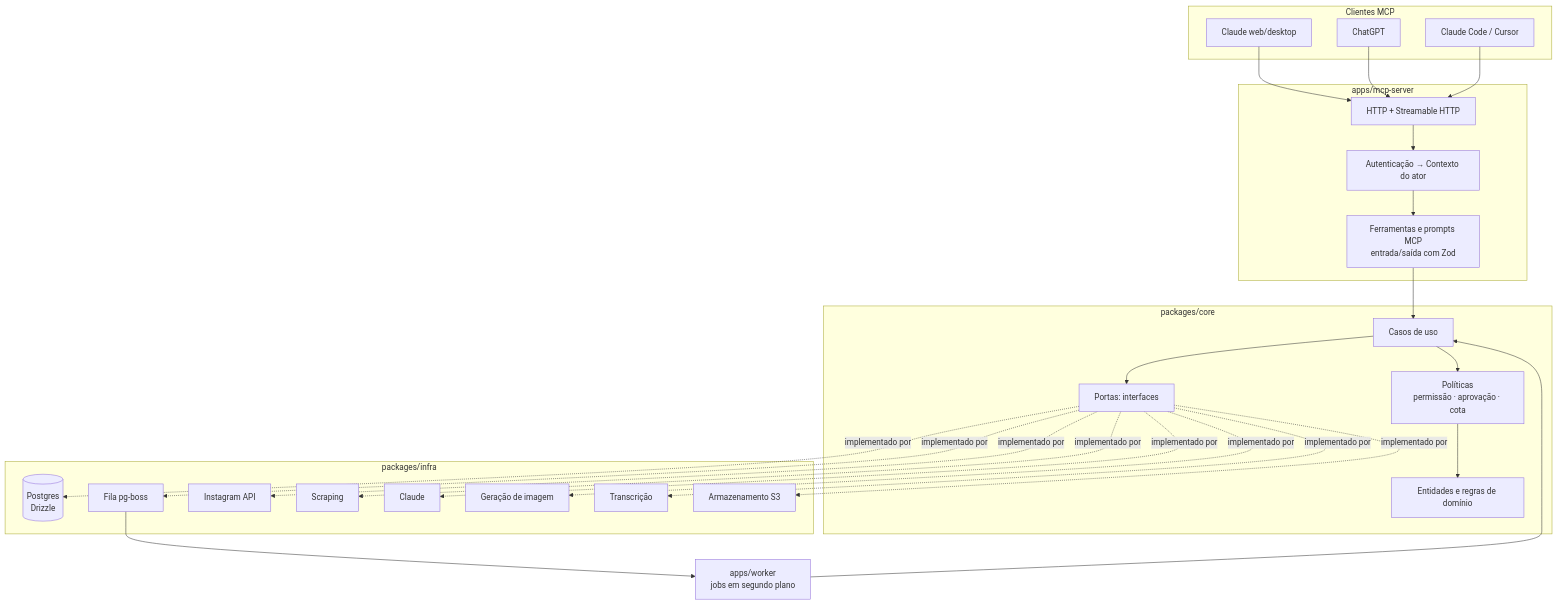
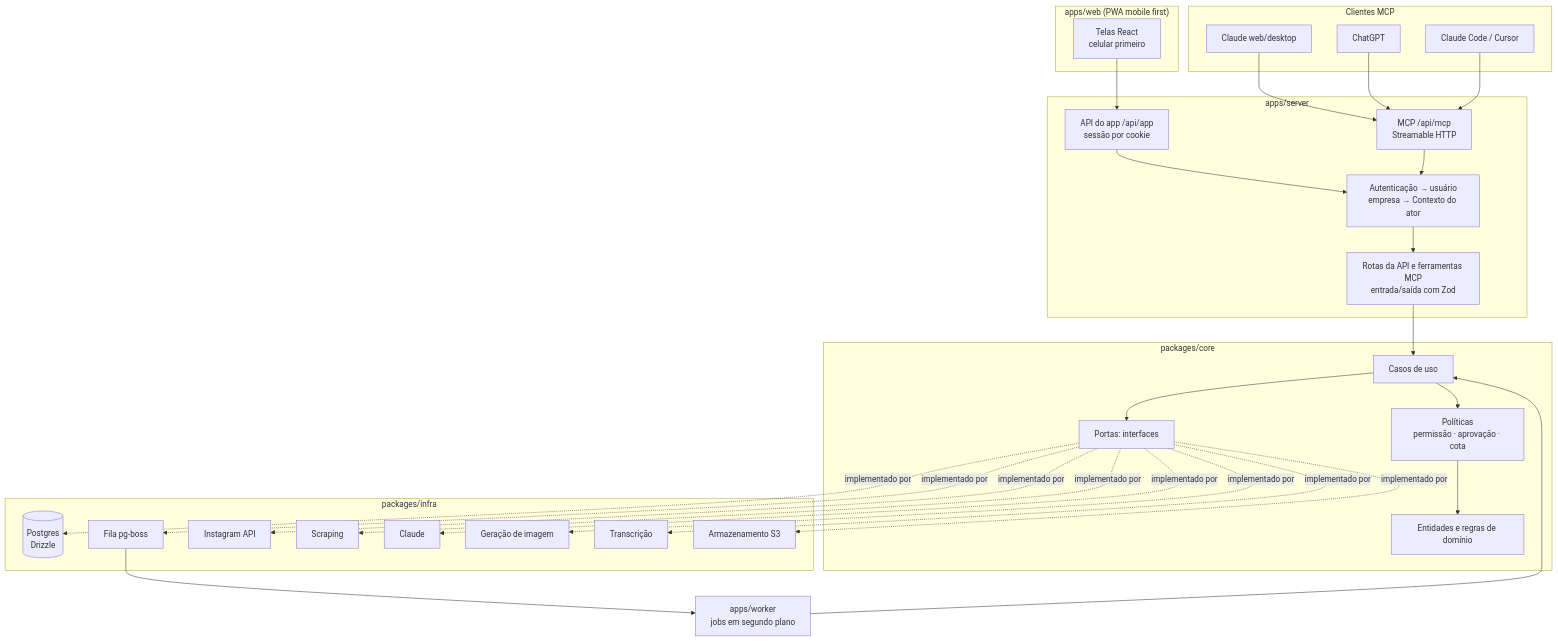
Before and after one commit to hugodanielkj/app-convergia: the first of 4 diagrams in rules/software_design.md, drawn with Mermaid. The commit also changed other lines of this file and 9 other files, not shown here.

Commit message:
docs(regras): inclui app web mobile first no protótipo (RN-003, RN-005 a RN-007) (#6)

````diff
--- a/rules/software_design.md
+++ b/rules/software_design.md
@@ -18,40 +19,47 @@
 ```mermaid
 flowchart TB
+    subgraph "apps/web (PWA mobile first)"
+      WEB[Telas React<br/>celular primeiro]
+    end
+
     subgraph Clientes MCP
       A1[Claude web/desktop]
       A2[ChatGPT]
       A3[Claude Code / Cursor]
     end
 
-    subgraph "apps/mcp-server"
-      H[HTTP + Streamable HTTP]
-      AU[Autenticação → Contexto do ator]
-      T[Ferramentas e prompts MCP<br/>entrada/saída com Zod]
+    subgraph "apps/server"
+      API[API do app /api/app<br/>sessão por cookie]
+      H[MCP /api/mcp<br/>Streamable HTTP]
+      AU[Autenticação → usuário<br/>empresa → Contexto do ator]
+      T[Rotas da API e ferramentas MCP<br/>entrada/saída com Zod]
     end
 
     subgraph "packages/core"
       UC[Casos de uso]
       PO[Políticas<br/>permissão · aprovação · cota]
       DM[Entidades e regras de domínio]
       PT[Portas: interfaces]
     end
 
     subgraph "packages/infra"
       DB[(Postgres<br/>Drizzle)]
       Q[Fila pg-boss]
       IG[Instagram API]
       SC[Scraping]
       LLM[Claude]
       IMG[Geração de imagem]
       TR[Transcrição]
       S3[Armazenamento S3]
     end
 
     W[apps/worker<br/>jobs em segundo plano]
 
-    A1 & A2 & A3 --> H --> AU --> T --> UC
+    WEB --> API --> AU
+    A1 & A2 & A3 --> H --> AU
+    AU --> T --> UC
     UC --> PO --> DM
     UC --> PT
     PT -.implementado por.-> DB & Q & IG & SC & LLM & IMG & TR & S3
     Q --> W --> UC
 ```
````
